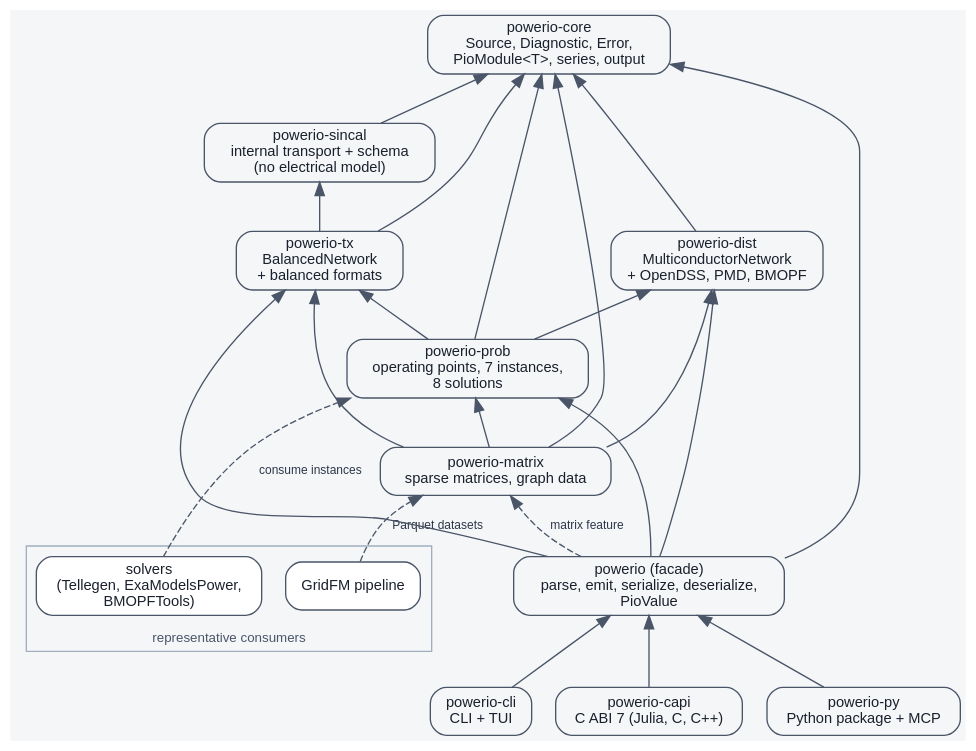
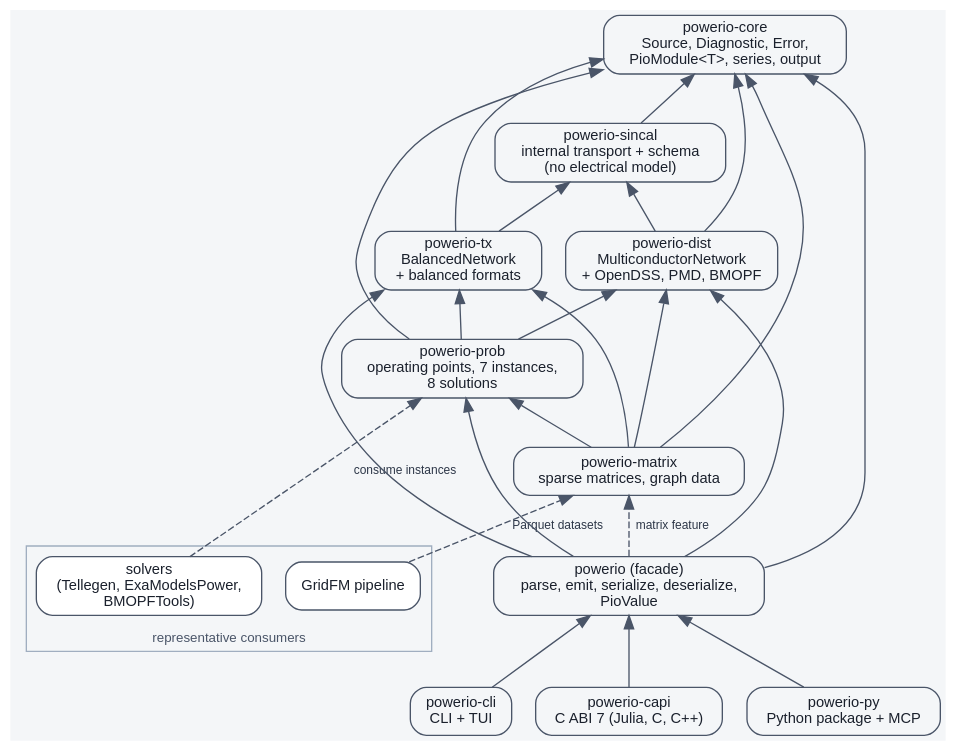
Before and after one commit to eigenergy/powerio: the diagram in docs/diagrams/architecture.dot, drawn with Graphviz. The commit also changed 45 other files, not shown here.

```diff
--- a/docs/diagrams/architecture.dot
+++ b/docs/diagrams/architecture.dot
@@ -1,59 +1,60 @@
 // The primary architecture map: components, dependency direction, and the
 // two network families. Edges read "depends on" unless labeled. Checked
 // against cargo metadata by scripts/check-architecture-map.py; the committed
 // SVG is generated by the same script. Node ids that name crates must match
 // workspace member names exactly.
 digraph powerio_architecture {
     rankdir = BT;
     bgcolor = "#f4f6f8";
     node [shape = box, style = "rounded,filled", fillcolor = "#f4f6f8",
           color = "#4a5568", fontname = "Helvetica", fontsize = 11,
           fontcolor = "#1a202c"];
     edge [color = "#4a5568", fontname = "Helvetica", fontsize = 9,
           fontcolor = "#2d3748"];
 
     subgraph cluster_consumers {
         label = "representative consumers";
         fontname = "Helvetica"; fontsize = 10; color = "#a0aec0"; fontcolor = "#4a5568";
         solvers [label = "solvers\n(Tellegen, ExaModelsPower,\nBMOPFTools)", fillcolor = "#ffffff"];
         gridfm_ml [label = "GridFM pipeline", fillcolor = "#ffffff"];
     }
 
     "powerio-cli" [label = "powerio-cli\nCLI + TUI"];
     "powerio-capi" [label = "powerio-capi\nC ABI 7 (Julia, C, C++)"];
     "powerio-py" [label = "powerio-py\nPython package + MCP"];
 
     powerio [label = "powerio (facade)\nparse, emit, serialize, deserialize,\nPioValue"];
 
     "powerio-matrix" [label = "powerio-matrix\nsparse matrices, graph data"];
     "powerio-prob" [label = "powerio-prob\noperating points, 7 instances,\n8 solutions"];
 
     "powerio-tx" [label = "powerio-tx\nBalancedNetwork\n+ balanced formats"];
     "powerio-dist" [label = "powerio-dist\nMulticonductorNetwork\n+ OpenDSS, PMD, BMOPF"];
 
     "powerio-core" [label = "powerio-core\nSource, Diagnostic, Error,\nPioModule<T>, series, output"];
     "powerio-sincal" [label = "powerio-sincal\ninternal transport + schema\n(no electrical model)"];
 
     "powerio-tx" -> "powerio-core";
     "powerio-tx" -> "powerio-sincal";
+    "powerio-dist" -> "powerio-sincal";
     "powerio-dist" -> "powerio-core";
     "powerio-sincal" -> "powerio-core";
     "powerio-prob" -> "powerio-core";
     "powerio-prob" -> "powerio-tx";
     "powerio-prob" -> "powerio-dist";
     "powerio-matrix" -> "powerio-core";
     "powerio-matrix" -> "powerio-tx";
     "powerio-matrix" -> "powerio-dist";
     "powerio-matrix" -> "powerio-prob";
     powerio -> "powerio-core";
     powerio -> "powerio-tx";
     powerio -> "powerio-dist";
     powerio -> "powerio-prob";
     powerio -> "powerio-matrix" [label = "matrix feature", style = dashed];
     "powerio-cli" -> powerio;
     "powerio-capi" -> powerio;
     "powerio-py" -> powerio;
 
     solvers -> "powerio-prob" [label = "consume instances", style = dashed];
     gridfm_ml -> "powerio-matrix" [label = "Parquet datasets", style = dashed];
 }
```
